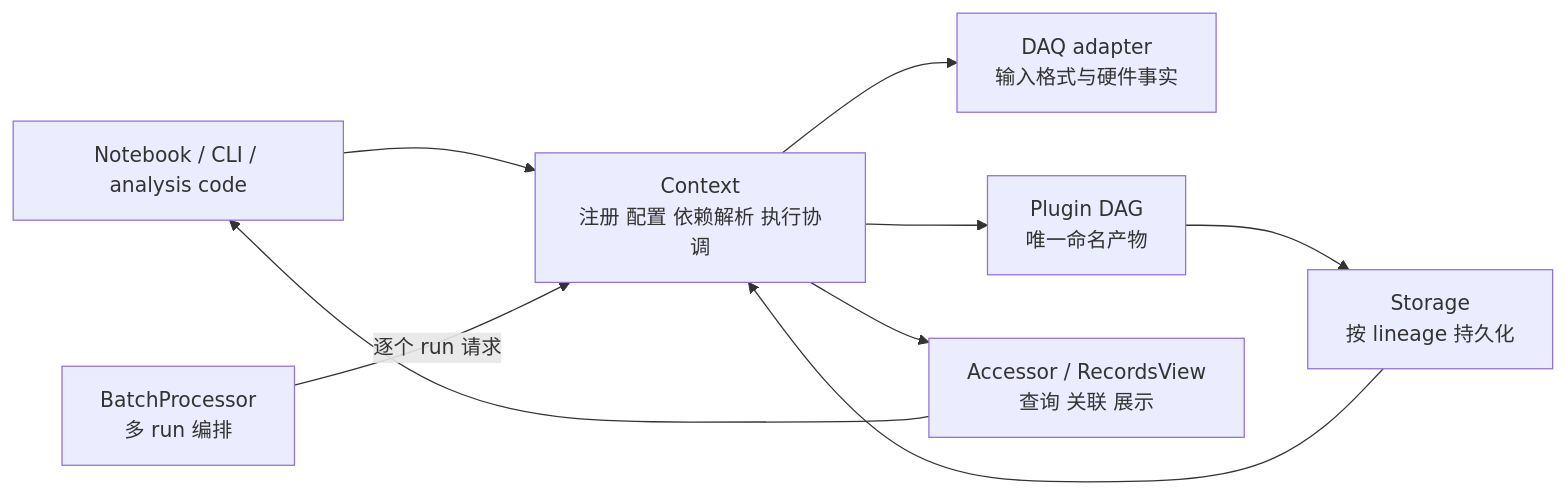
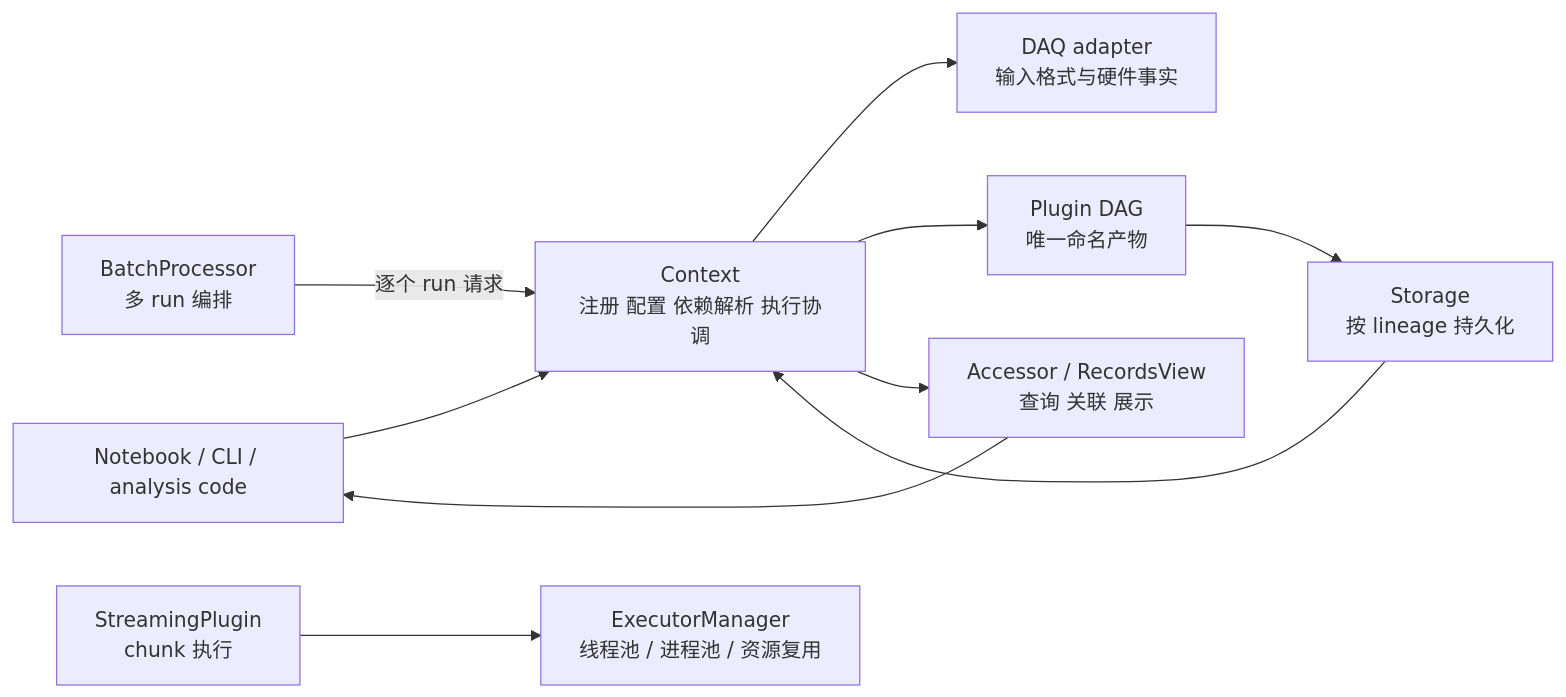
One commit to SnowingWolf/WaveformAnalysis changed the first of 4 diagrams in docs/architecture/ARCHITECTURE.md. Above: the diagram before and after it, drawn with Mermaid. The commit also changed other lines of this file and 22 other files, not shown here.

Commit message:
docs: consolidate context execution architecture

````diff
--- a/docs/architecture/ARCHITECTURE.md
+++ b/docs/architecture/ARCHITECTURE.md
@@ -13,19 +13,22 @@
 ```mermaid
 flowchart LR
     USER[Notebook / CLI / analysis code]
     CTX[Context<br/>注册 配置 依赖解析 执行协调]
     ADAPTER[DAQ adapter<br/>输入格式与硬件事实]
     PLUGIN[Plugin DAG<br/>唯一命名产物]
     STORAGE[Storage<br/>按 lineage 持久化]
     ACCESSOR[Accessor / RecordsView<br/>查询 关联 展示]
     BATCH[BatchProcessor<br/>多 run 编排]
+    EXECUTOR[ExecutorManager<br/>线程池 / 进程池 / 资源复用]
+    STREAM[StreamingPlugin<br/>chunk 执行]
 
     USER --> CTX
     BATCH -->|逐个 run 请求| CTX
     CTX --> ADAPTER
     CTX --> PLUGIN
     PLUGIN --> STORAGE
     STORAGE --> CTX
     CTX --> ACCESSOR
     ACCESSOR --> USER
+    STREAM --> EXECUTOR
 ```
````
